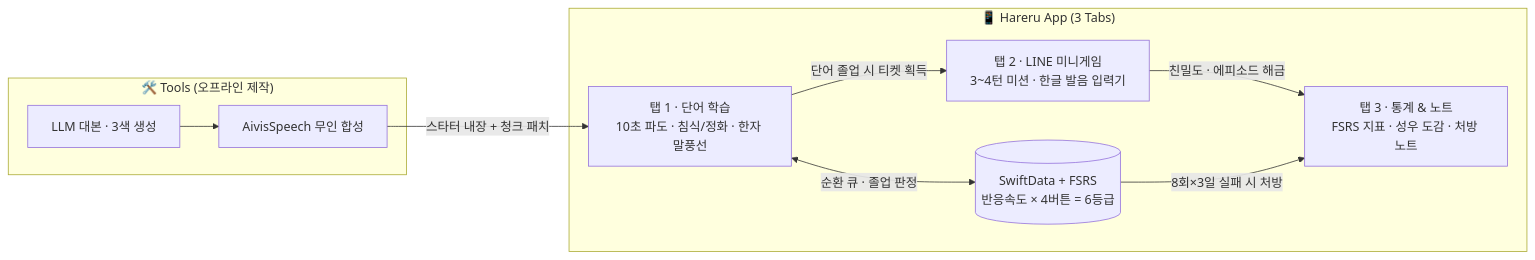
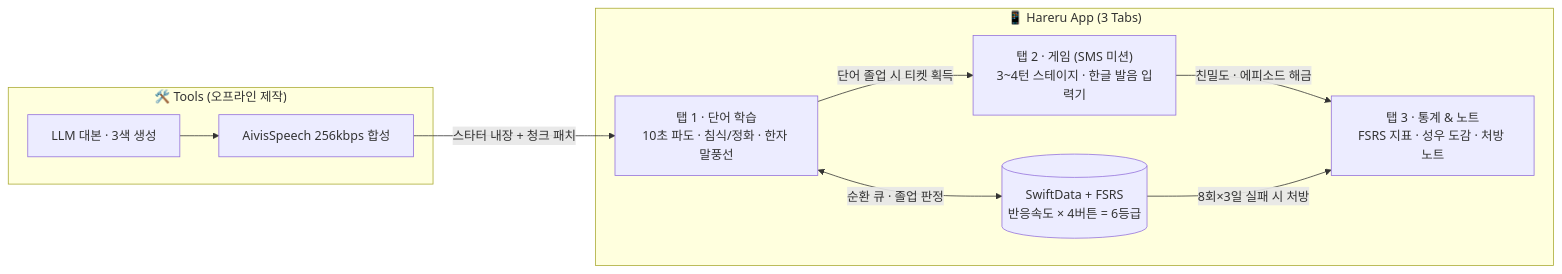
Before and after one commit to choigangho/Hareru: the diagram in README.md, drawn with Mermaid. The commit also changed other lines of this file and 6 other files, not shown here.

Commit message:
Update specs and SpeechPlayer: 256kbps audio, remove TTS fallback, brand-neutral SMS/Game group

````diff
--- a/README.md
+++ b/README.md
@@ -20,19 +20,19 @@
 ```mermaid
 flowchart LR
     subgraph Tools["🛠️ Tools (오프라인 제작)"]
-        GEN["LLM 대본 · 3색 생성"] --> TTS["AivisSpeech 무인 합성"]
+        GEN["LLM 대본 · 3색 생성"] --> TTS["AivisSpeech 256kbps 합성"]
     end
 
     subgraph App["📱 Hareru App (3 Tabs)"]
         STUDY["탭 1 · 단어 학습<br/>10초 파도 · 침식/정화 · 한자 말풍선"]
-        CHAT["탭 2 · LINE 미니게임<br/>3~4턴 미션 · 한글 발음 입력기"]
+        GAME["탭 2 · 게임 (SMS 미션)<br/>3~4턴 스테이지 · 한글 발음 입력기"]
         STATS["탭 3 · 통계 & 노트<br/>FSRS 지표 · 성우 도감 · 처방 노트"]
         ENGINE[("SwiftData + FSRS<br/>반응속도 × 4버튼 = 6등급")]
     end
 
     TTS -->|스타터 내장 + 청크 패치| STUDY
     STUDY <-->|순환 큐 · 졸업 판정| ENGINE
-    STUDY -->|단어 졸업 시 티켓 획득| CHAT
-    CHAT -->|친밀도 · 에피소드 해금| STATS
+    STUDY -->|단어 졸업 시 티켓 획득| GAME
+    GAME -->|친밀도 · 에피소드 해금| STATS
     ENGINE -->|8회×3일 실패 시 처방| STATS
 ```
````
